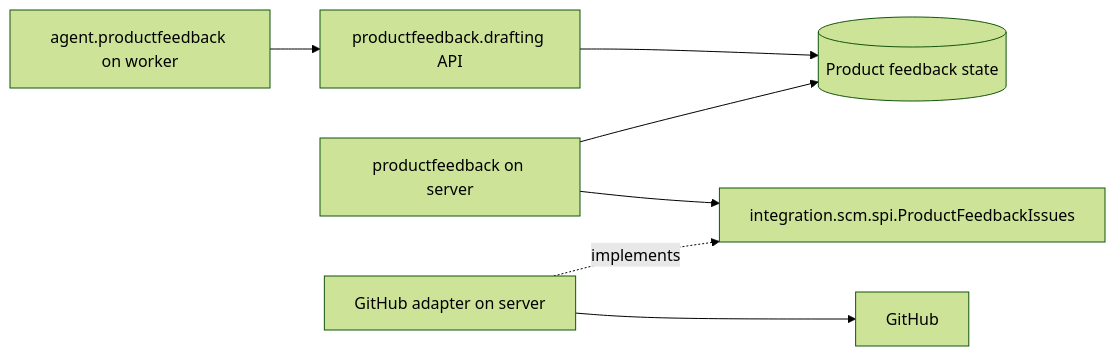
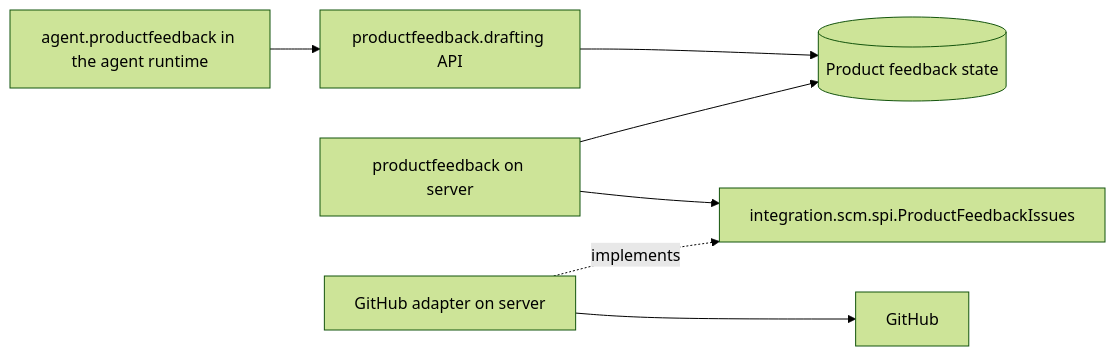
One commit to hephaestus-build/Hephaestus changed the first of 2 diagrams in docs/contributor/product-feedback.mdx. Above: the diagram before and after it, drawn with Mermaid (forest theme). The commit also changed other lines of this file and 522 other files, not shown here.

````diff
--- a/docs/contributor/product-feedback.mdx
+++ b/docs/contributor/product-feedback.mdx
@@ -24,11 +24,11 @@
 ```mermaid
 flowchart LR
     accTitle: Product feedback module and role boundaries
-    accDescr: The worker model adapter claims draft work from productfeedback. The server routes and files through the GitHub adapter.
-    A[agent.productfeedback on worker] --> D[productfeedback.drafting API]
+    accDescr: The model adapter of the agent runtime claims draft work from productfeedback. The server routes and files through the GitHub adapter.
+    A[agent.productfeedback in the agent runtime] --> D[productfeedback.drafting API]
     D --> DB[(Product feedback state)]
     S[productfeedback on server] --> DB
     S --> P[integration.scm.spi.ProductFeedbackIssues]
     G[GitHub adapter on server] -. implements .-> P
     G --> GH[GitHub]
 ```
````
